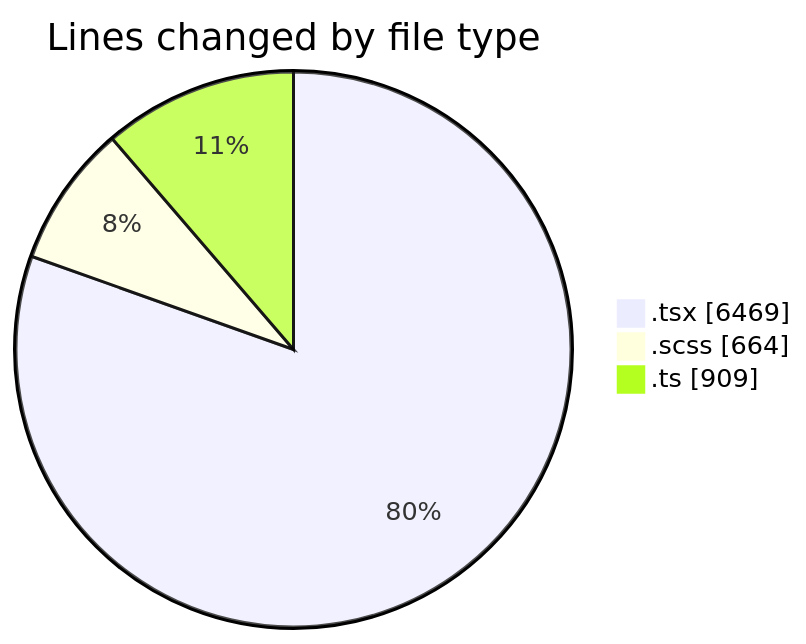
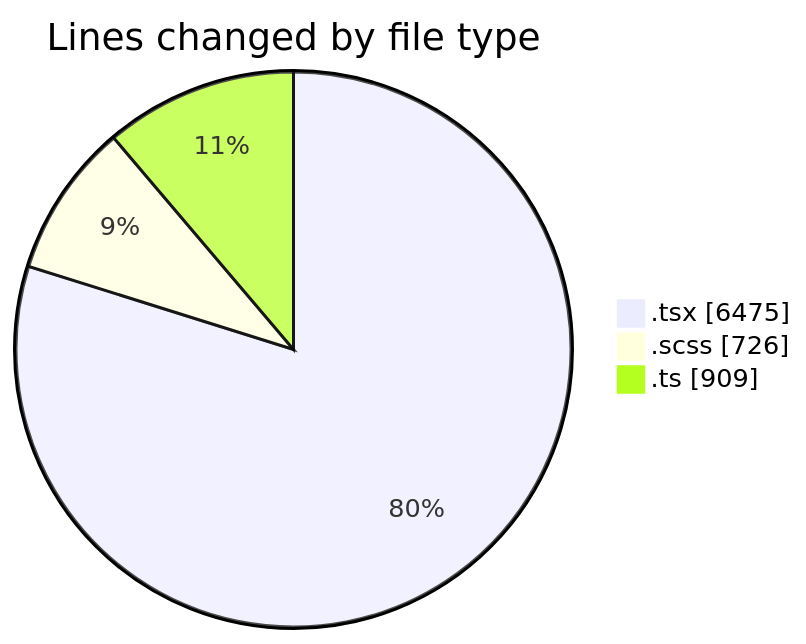
One commit to momahboobian/code-tracking changed the first of 2 diagrams in 2026-05-01/cda/README.md. Above: the diagram before and after it, drawn with Mermaid. The commit also changed other lines of this file and 1 other file, not shown here.

````diff
--- a/2026-05-01/cda/README.md
+++ b/2026-05-01/cda/README.md
@@ -63,7 +63,7 @@
 ```mermaid
 pie showData
 title Lines changed by file type
-".tsx" : 6469
-".scss" : 664
+".tsx" : 6475
+".scss" : 726
 ".ts" : 909
 ```
````
